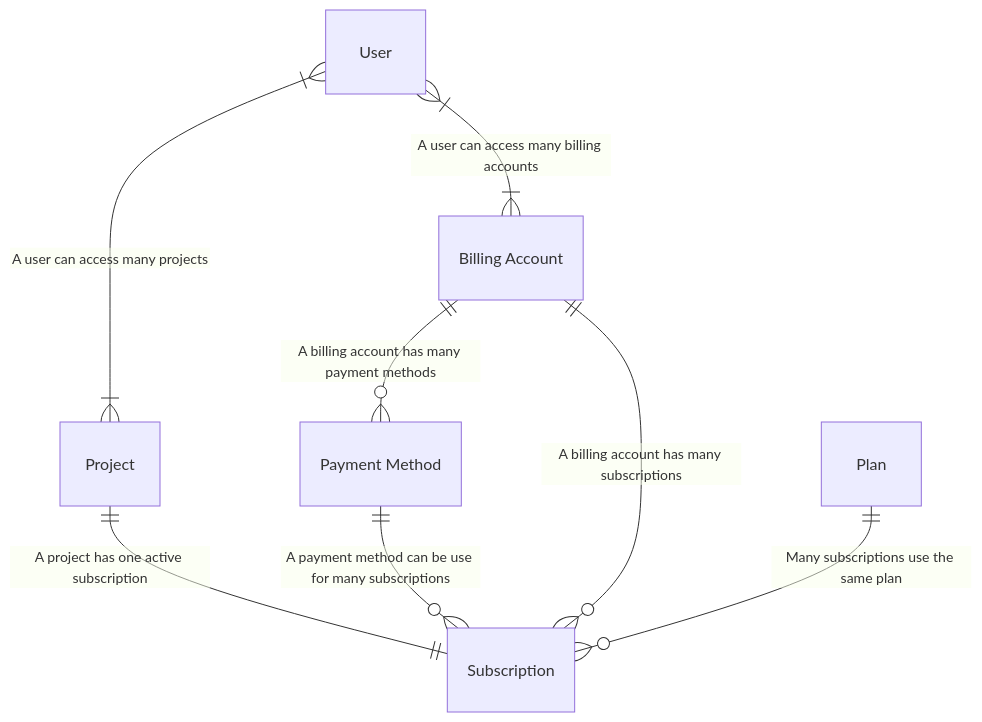
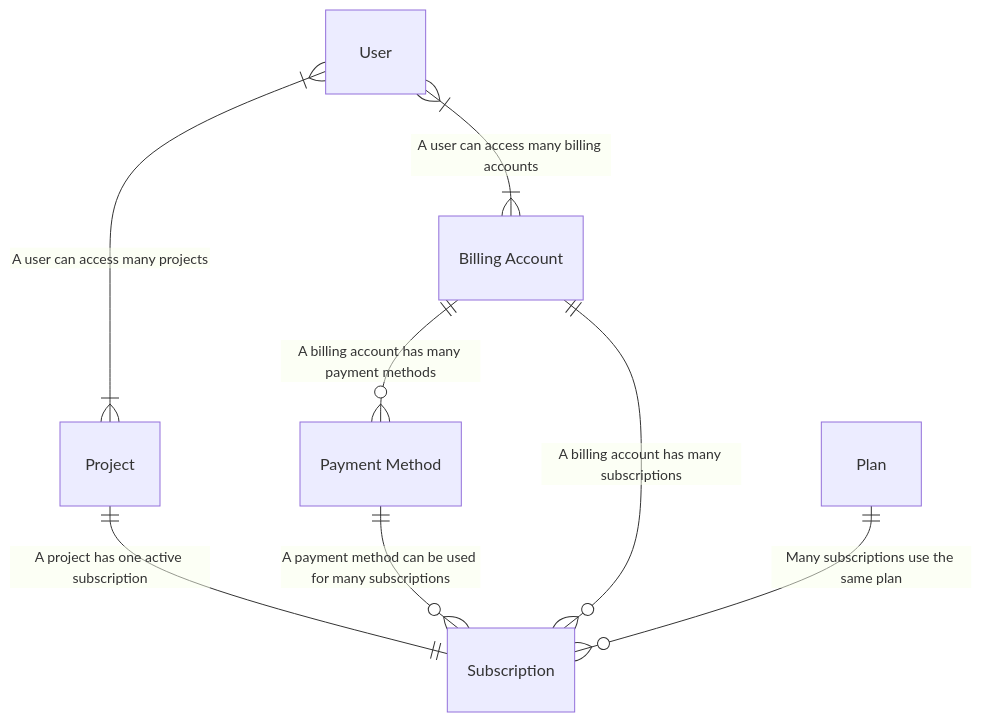
One commit to OpenFn/docs changed the diagram in docs/hosted/overview.md. Above: the diagram before and after it, drawn with Mermaid. The commit also changed other lines of this file and 47 other files, not shown here.

````diff
--- a/docs/hosted/overview.md
+++ b/docs/hosted/overview.md
@@ -158,10 +158,10 @@
 ```mermaid
 erDiagram
     "User" }|--|{ "Project" : "A user can access many projects"
     "User" }|--|{ "Billing Account" : "A user can access many billing accounts"
     "Project" ||--|| "Subscription" : "A project has one active subscription"
     "Billing Account" ||--o{ "Payment Method" : "A billing account has many payment methods"
-    "Payment Method" ||--o{ "Subscription" : "A payment method can be use for many subscriptions"
+    "Payment Method" ||--o{ "Subscription" : "A payment method can be used for many subscriptions"
     "Billing Account" ||--o{ "Subscription" : "A billing account has many subscriptions"
     "Plan" ||--o{ "Subscription" : "Many subscriptions use the same plan"
 ```
````
